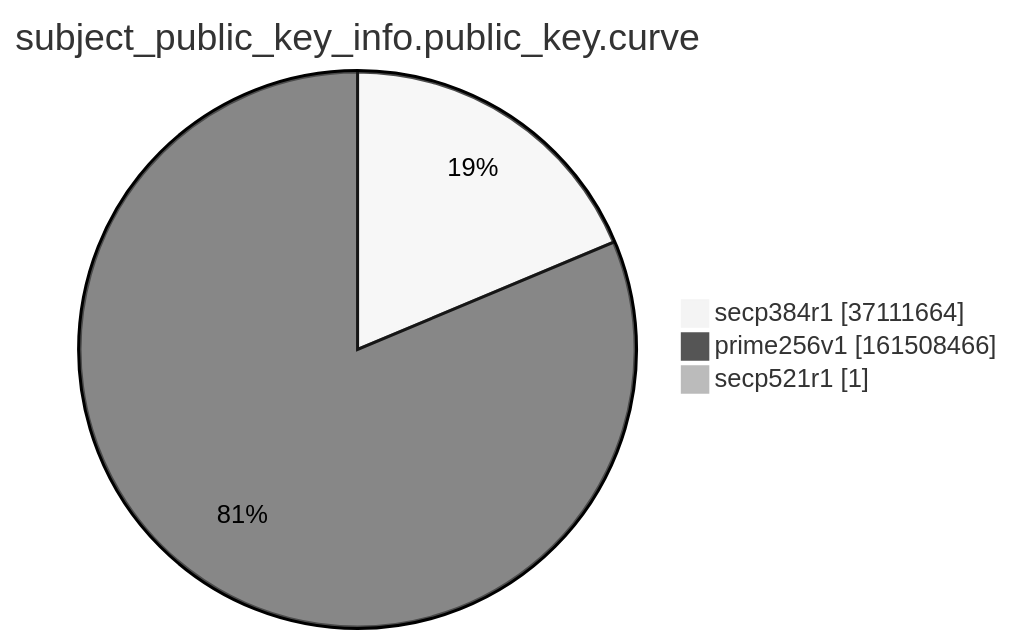
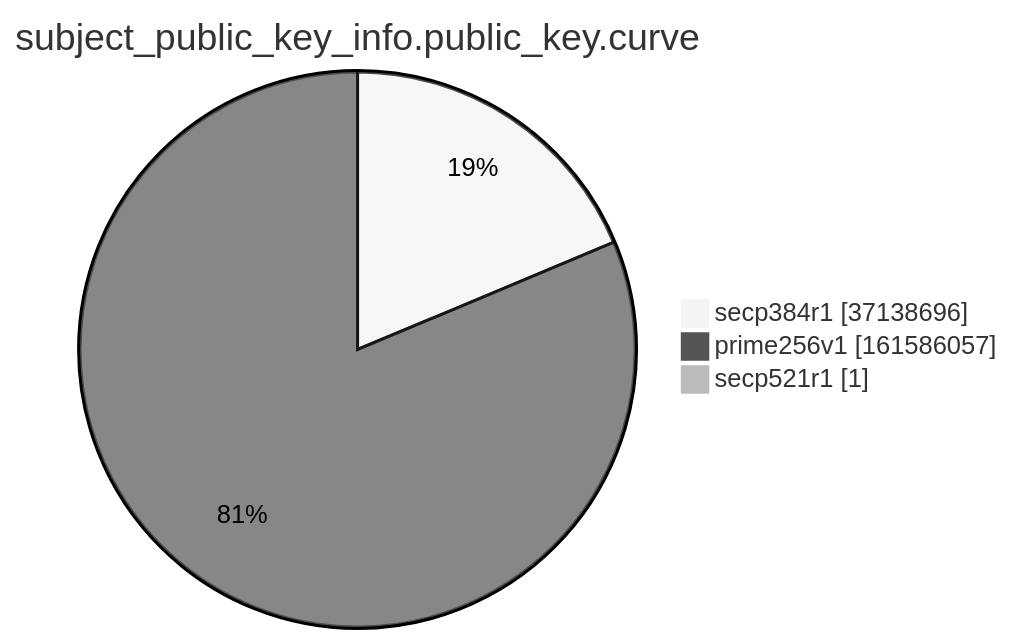
The ninth of 15 diagrams in argon2022/README.md (christiankrug/ctmonitor_visualization), drawn with Mermaid (neutral theme) before and after one commit. The commit also changed other lines of this file, not shown here.

````diff
--- a/argon2022/README.md
+++ b/argon2022/README.md
@@ -2766,7 +2766,7 @@
 ```mermaid
 pie showData
 title subject_public_key_info.public_key.curve
-"secp384r1" :37111664
-"prime256v1" :161508466
+"secp384r1" :37138696
+"prime256v1" :161586057
 "secp521r1" :1
 ```
````
